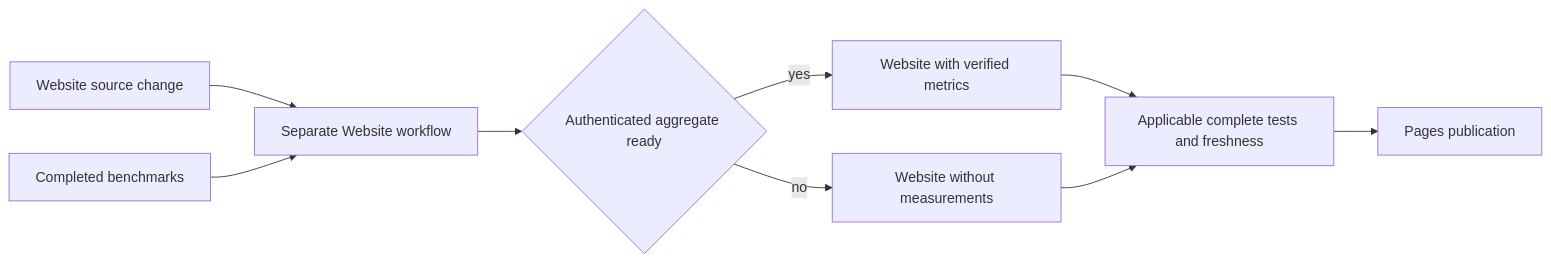
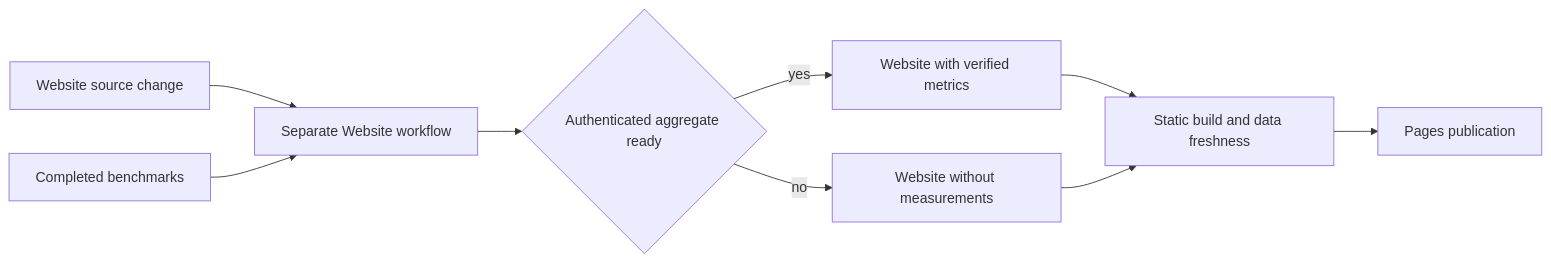
The tenth of 11 diagrams in docs/Features/BenchmarkComparisons.md (managedcode/KeyLoad), drawn with Mermaid before and after one commit. The commit also changed other lines of this file and 12 other files, not shown here.

````diff
--- a/docs/Features/BenchmarkComparisons.md
+++ b/docs/Features/BenchmarkComparisons.md
@@ -806,11 +802,11 @@
 ```mermaid
 flowchart LR
   Source[Website source change] --> Website[Separate Website workflow]
   Benchmarks[Completed benchmarks] --> Website
   Website --> Ready{Authenticated aggregate ready}
   Ready -->|yes| Metrics[Website with verified metrics]
   Ready -->|no| Content[Website without measurements]
-  Metrics --> Qualification[Applicable complete tests and freshness]
+  Metrics --> Qualification[Static build and data freshness]
   Content --> Qualification
   Qualification --> Pages[Pages publication]
 ```
````
